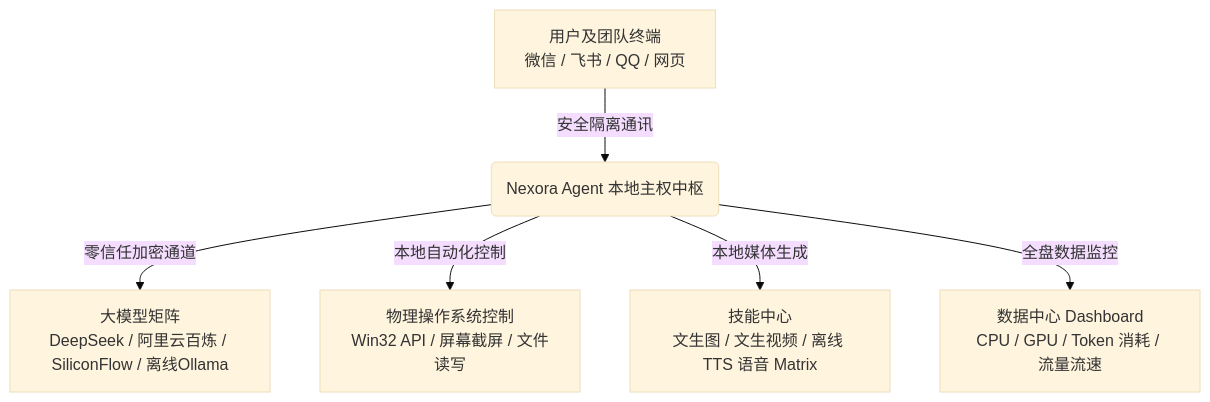
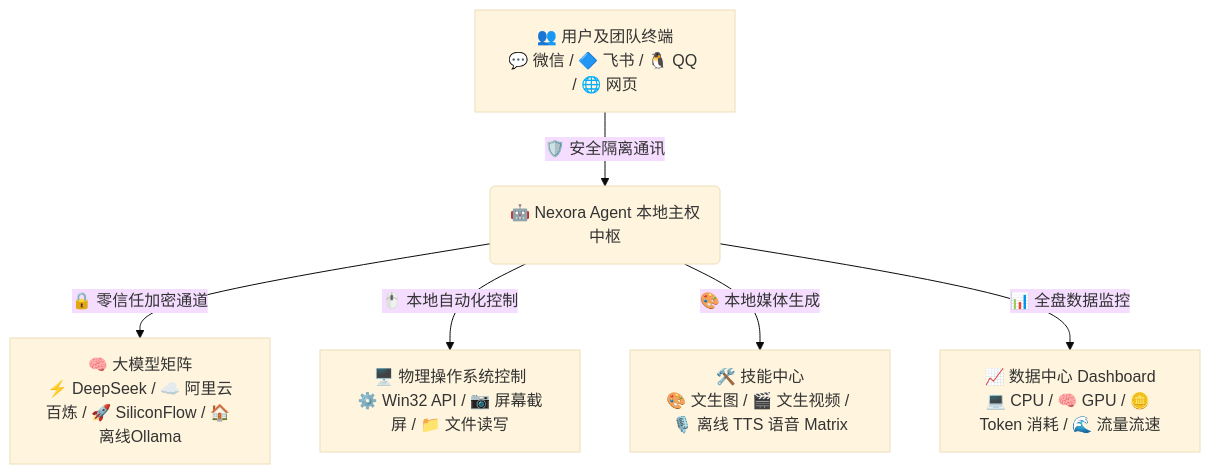
Before and after one commit to 2014-y/NexoraAgent: the first of 5 diagrams in README.md, drawn with Mermaid (base theme). The commit also changed other lines of this file, not shown here.

````diff
--- a/README.md
+++ b/README.md
@@ -79,8 +79,8 @@
 ```mermaid
 graph TD
-    A[用户及团队终端<br/>微信 / 飞书 / QQ / 网页] -->|安全隔离通讯| B(Nexora Agent 本地主权中枢)
-    B -->|零信任加密通道| C[大模型矩阵<br/>DeepSeek / 阿里云百炼 / SiliconFlow / 离线Ollama]
-    B -->|本地自动化控制| D[物理操作系统控制<br/>Win32 API / 屏幕截屏 / 文件读写]
-    B -->|本地媒体生成| E[技能中心<br/>文生图 / 文生视频 / 离线 TTS 语音 Matrix]
-    B -->|全盘数据监控| F[数据中心 Dashboard<br/>CPU / GPU / Token 消耗 / 流量流速]
+    A[👥 用户及团队终端<br/>💬 微信 / 🔷 飞书 / 🐧 QQ / 🌐 网页] -->|🛡️ 安全隔离通讯| B(🤖 Nexora Agent 本地主权中枢)
+    B -->|🔒 零信任加密通道| C[🧠 大模型矩阵<br/>⚡ DeepSeek / ☁️ 阿里云百炼 / 🚀 SiliconFlow / 🏠 离线Ollama]
+    B -->|🖱️ 本地自动化控制| D[🖥️ 物理操作系统控制<br/>⚙️ Win32 API / 📷 屏幕截屏 / 📁 文件读写]
+    B -->|🎨 本地媒体生成| E[🛠️ 技能中心<br/>🎨 文生图 / 🎬 文生视频 / 🎙️ 离线 TTS 语音 Matrix]
+    B -->|📊 全盘数据监控| F[📈 数据中心 Dashboard<br/>💻 CPU / 🧠 GPU / 🪙 Token 消耗 / 🌊 流量流速]
 ```
````
